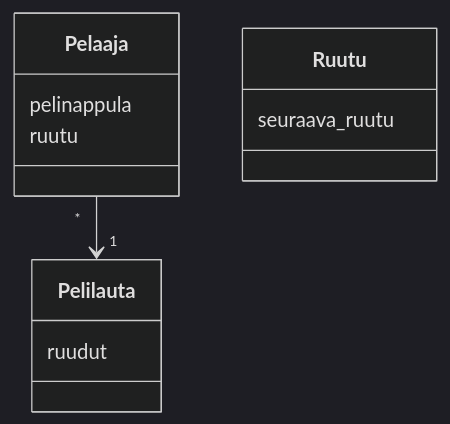
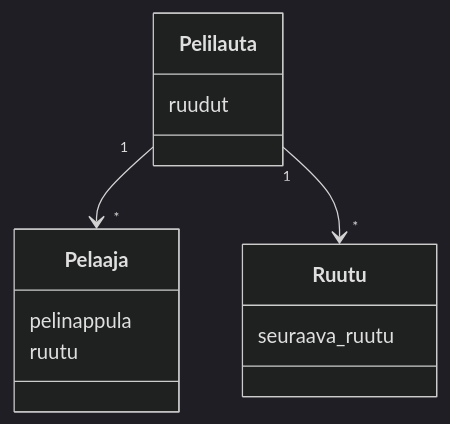
The diagram in laskarit/viikko3/monopoli_luokkakaavio.MD (platipus82/ot-harjoitustyo), drawn with Mermaid (dark theme) before and after one commit.

Commit message:
luokkakaaviopäivitys

````diff
--- a/laskarit/viikko3/monopoli_luokkakaavio.MD
+++ b/laskarit/viikko3/monopoli_luokkakaavio.MD
@@ -1,22 +1,23 @@
 ```mermaid
 classDiagram
-    Pelaaja "*" --> "1" Pelilauta
+    Pelilauta "1" --> "*" Pelaaja 
+    Pelilauta "1" --> "*" Ruutu
 
     class Ruutu{
         seuraava_ruutu
     }
 
     class Pelaaja{
         pelinappula
         ruutu
     }
 
     class Pelilauta{
         ruudut
     }
 
   
 
 
 
 ```
````
